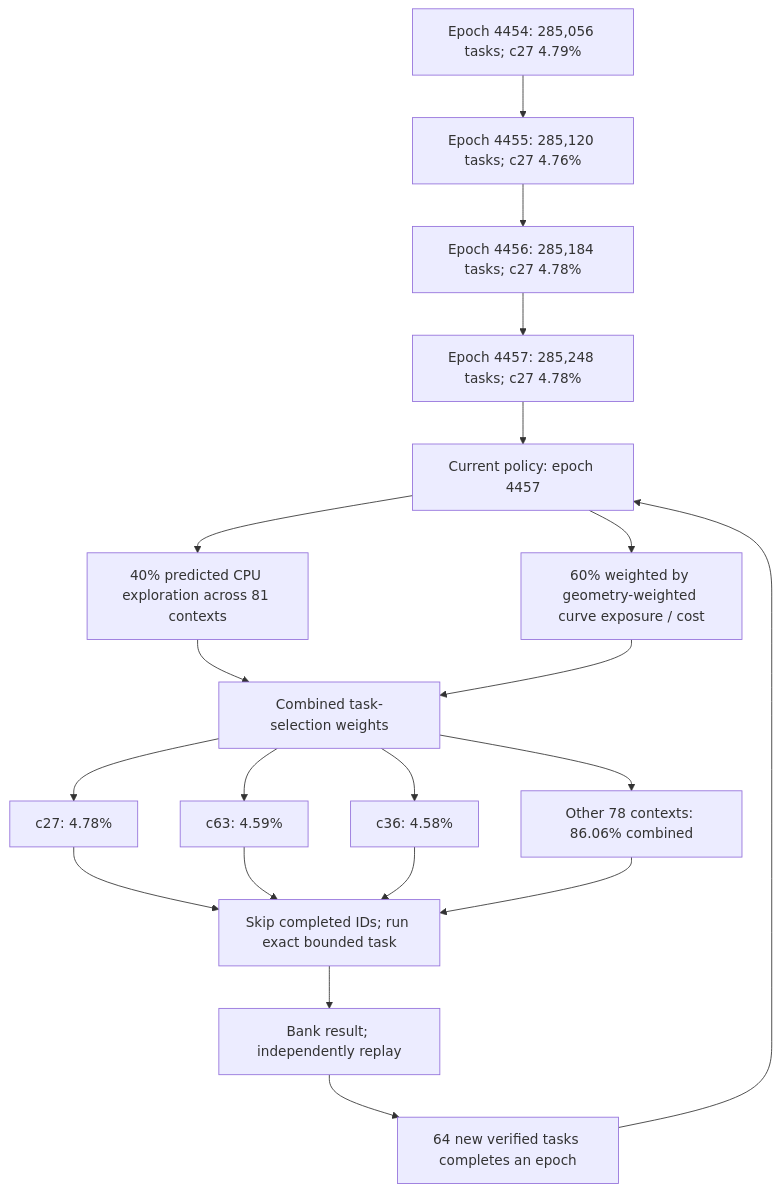
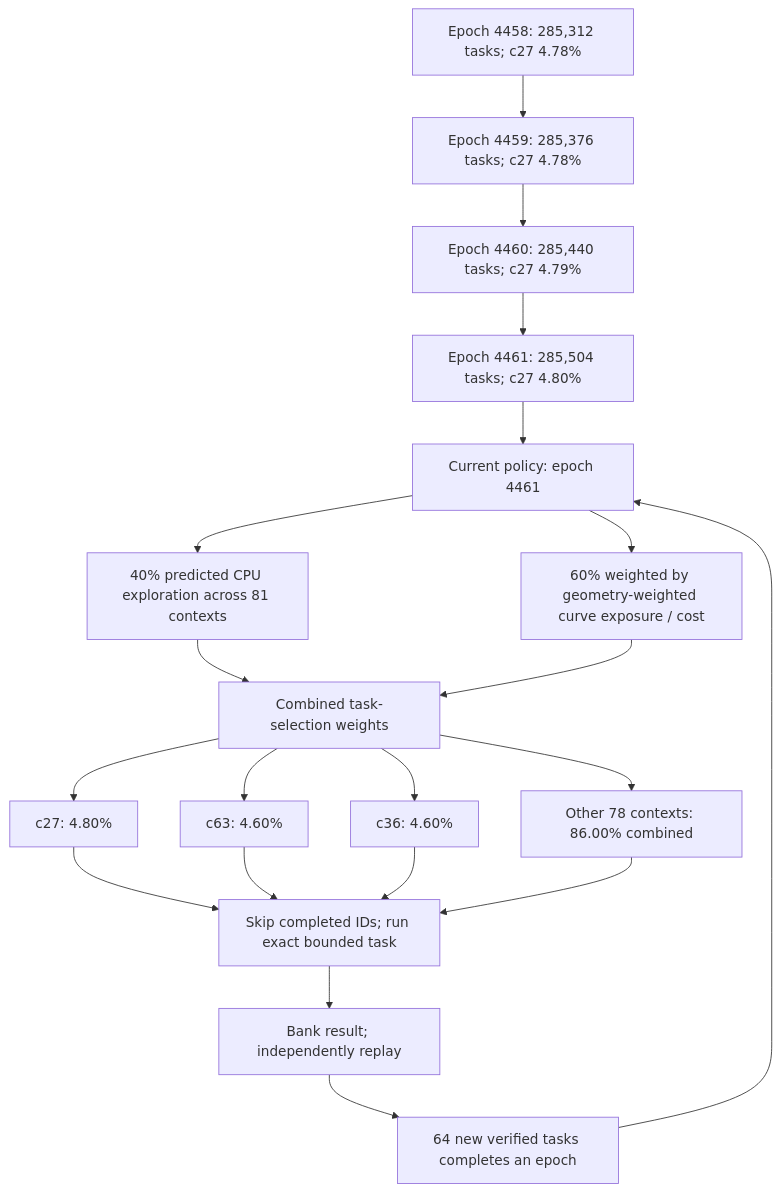
The first of 3 diagrams in README.md (Kuberwastaken/math-gambling), drawn with Mermaid before and after one commit. The commit also changed other lines of this file and 2206 other files, not shown here.

````diff
--- a/README.md
+++ b/README.md
@@ -60,27 +60,27 @@
 ```mermaid
 flowchart TD
-    H0["Epoch 4454: 285,056 tasks; c27 4.79%"]
-    H1["Epoch 4455: 285,120 tasks; c27 4.76%"]
+    H0["Epoch 4458: 285,312 tasks; c27 4.78%"]
+    H1["Epoch 4459: 285,376 tasks; c27 4.78%"]
     H0 --> H1
-    H2["Epoch 4456: 285,184 tasks; c27 4.78%"]
+    H2["Epoch 4460: 285,440 tasks; c27 4.79%"]
     H1 --> H2
-    H3["Epoch 4457: 285,248 tasks; c27 4.78%"]
+    H3["Epoch 4461: 285,504 tasks; c27 4.80%"]
     H2 --> H3
-    Policy["Current policy: epoch 4457"]
+    Policy["Current policy: epoch 4461"]
     H3 --> Policy
     Policy --> Explore["40% predicted CPU exploration across 81 contexts"]
     Policy --> Cost["60% weighted by geometry-weighted curve exposure / cost"]
     Explore --> Mix["Combined task-selection weights"]
     Cost --> Mix
-    Mix --> C0["c27: 4.78%"]
-    Mix --> C1["c63: 4.59%"]
-    Mix --> C2["c36: 4.58%"]
-    Mix --> Rest["Other 78 contexts: 86.06% combined"]
+    Mix --> C0["c27: 4.80%"]
+    Mix --> C1["c63: 4.60%"]
+    Mix --> C2["c36: 4.60%"]
+    Mix --> Rest["Other 78 contexts: 86.00% combined"]
     C0 --> Check["Skip completed IDs; run exact bounded task"]
     C1 --> Check
     C2 --> Check
     Rest --> Check
     Check --> Replay["Bank result; independently replay"]
     Replay --> Gate["64 new verified tasks completes an epoch"]
     Gate --> Policy
 ```
````
